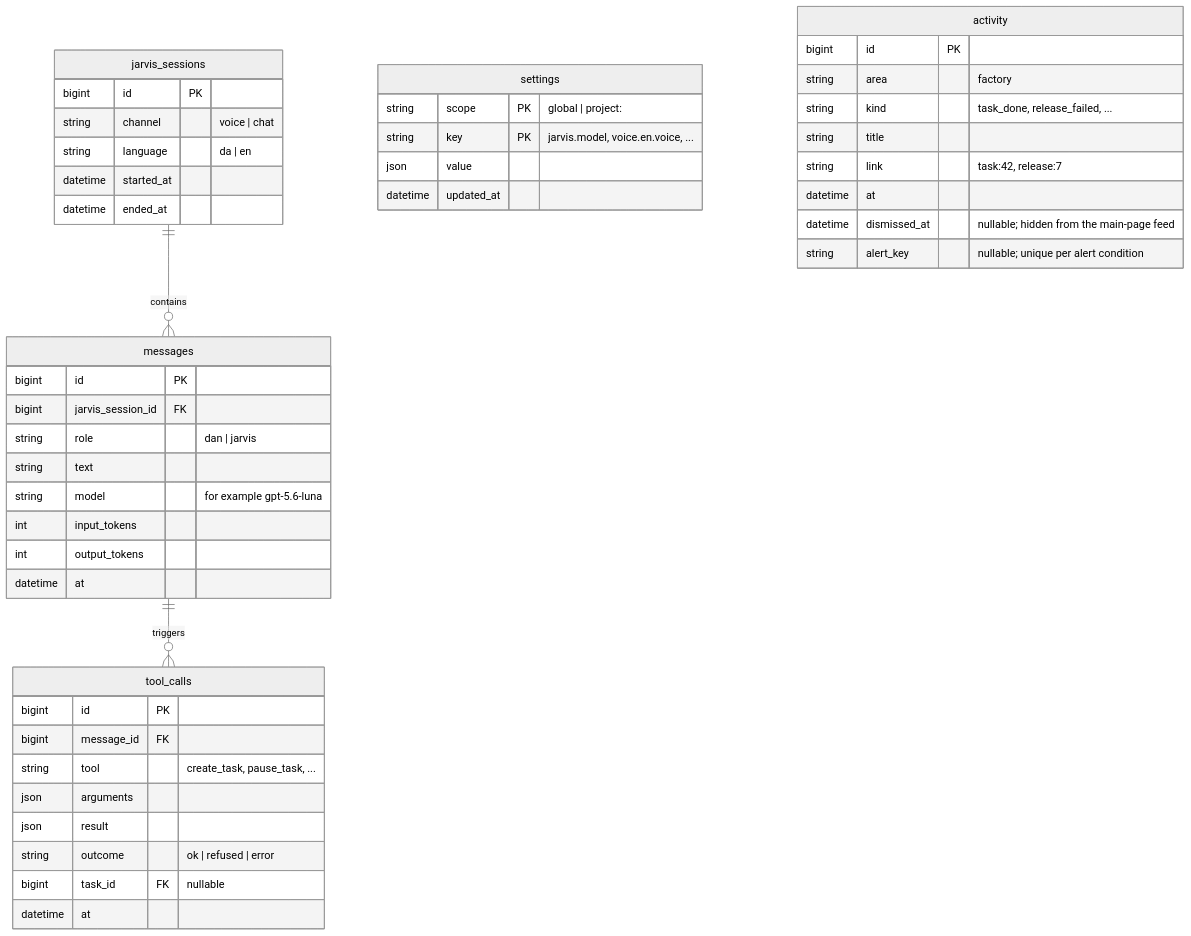
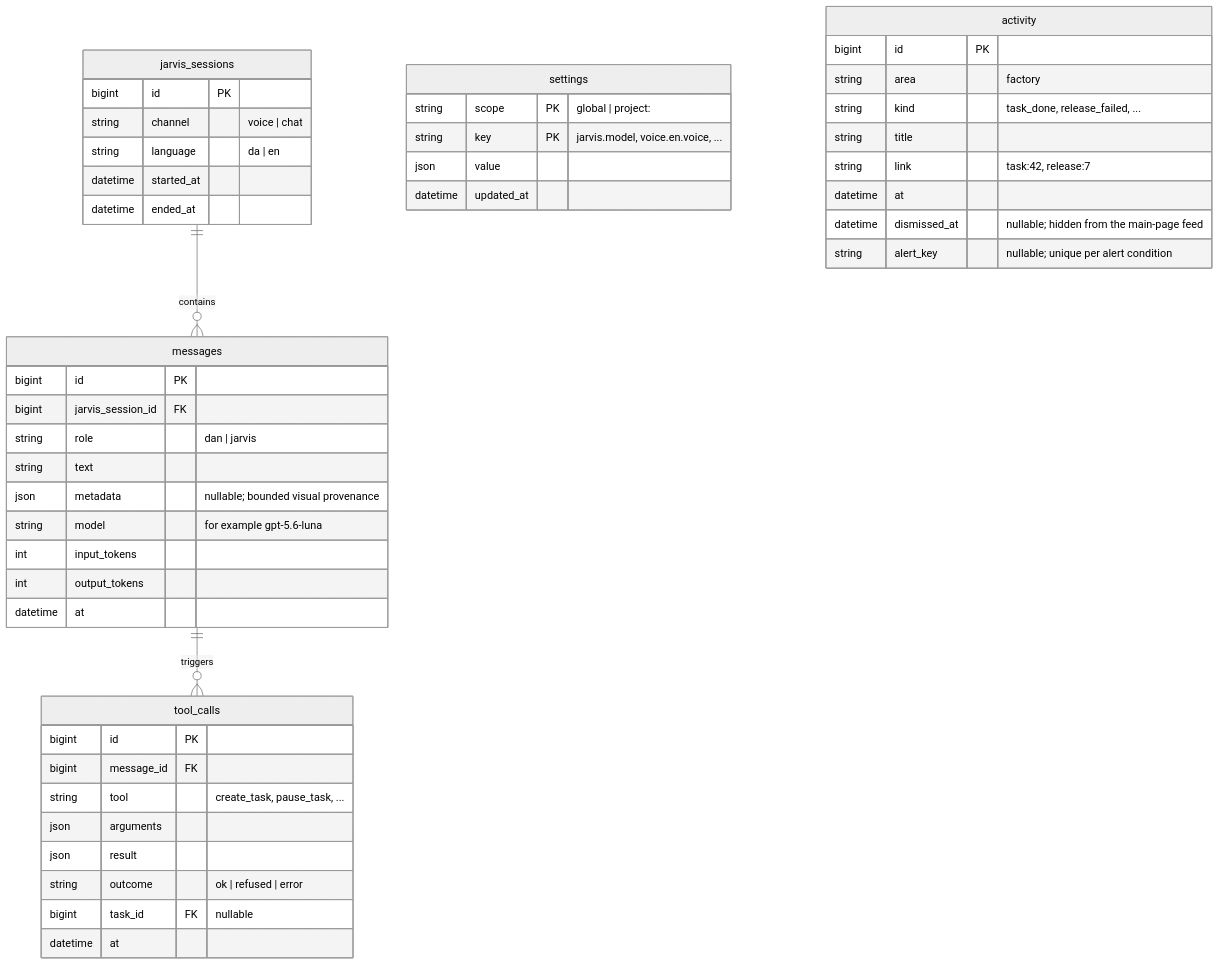
Before and after one commit to DanAakesen/jarvis: the second of 9 diagrams in docs/data-model.md, drawn with Mermaid (neutral theme). The commit also changed other lines of this file and 31 other files, not shown here.

Commit message:
P9-81: Add question-aware vision and retained visual provenance

````diff
--- a/docs/data-model.md
+++ b/docs/data-model.md
@@ -228,48 +235,49 @@
 ```mermaid
 erDiagram
     jarvis_sessions ||--o{ messages : contains
     messages ||--o{ tool_calls : triggers
     jarvis_sessions {
         bigint id PK
         string channel "voice | chat"
         string language "da | en"
         datetime started_at
         datetime ended_at
     }
     messages {
         bigint id PK
         bigint jarvis_session_id FK
         string role "dan | jarvis"
         string text
+        json metadata "nullable; bounded visual provenance"
         string model "for example gpt-5.6-luna"
         int input_tokens
         int output_tokens
         datetime at
     }
     tool_calls {
         bigint id PK
         bigint message_id FK
         string tool "create_task, pause_task, ..."
         json arguments
         json result
         string outcome "ok | refused | error"
         bigint task_id FK "nullable"
         datetime at
     }
     settings {
         string scope PK "global | project:<id>"
         string key PK "jarvis.model, voice.en.voice, ..."
         json value
         datetime updated_at
     }
     activity {
         bigint id PK
         string area "factory"
         string kind "task_done, release_failed, ..."
         string title
         string link "task:42, release:7"
         datetime at
         datetime dismissed_at "nullable; hidden from the main-page feed"
         string alert_key "nullable; unique per alert condition"
     }
 ```
````
